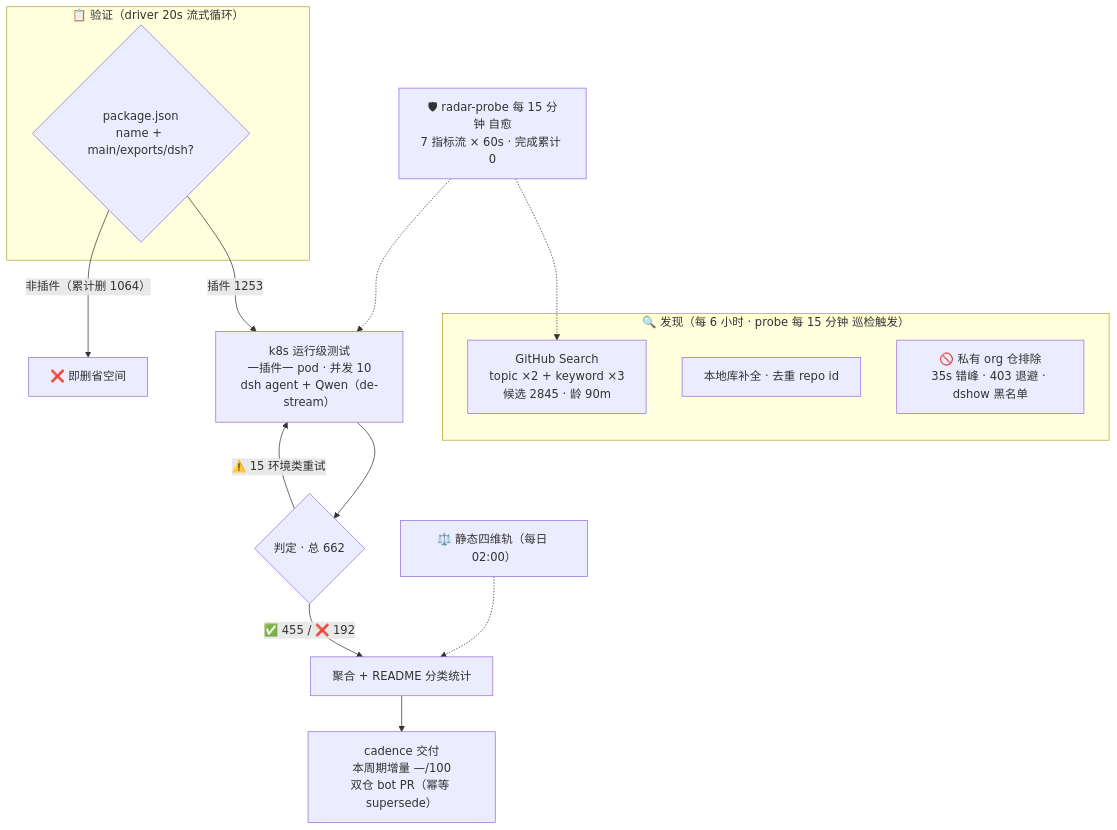
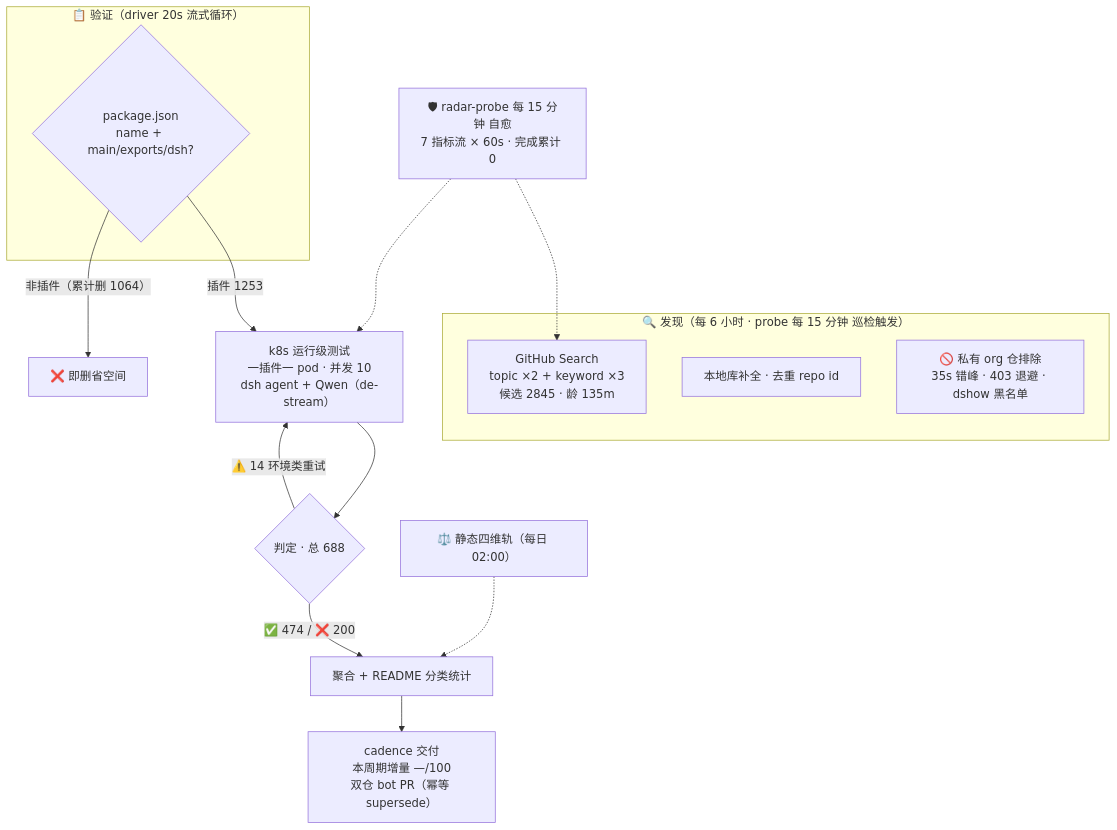
One commit to Zhidao-Lab-OSS/awesome-dsh-plugins changed the diagram in README.md. Above: the diagram before and after it, drawn with Mermaid. The commit also changed other lines of this file and 1 other file, not shown here.

````diff
--- a/README.md
+++ b/README.md
@@ -32,20 +32,20 @@
 ```mermaid
 flowchart TB
     subgraph Discovery["🔍 发现（每 6 小时 · probe 每 15 分钟 巡检触发）"]
-        A1["GitHub Search<br/>topic ×2 + keyword ×3<br/>候选 2845 · 龄 90m"]
+        A1["GitHub Search<br/>topic ×2 + keyword ×3<br/>候选 2845 · 龄 135m"]
         A2["本地库补全 · 去重 repo id"]
         A3["🚫 私有 org 仓排除<br/>35s 错峰 · 403 退避 · dshow 黑名单"]
     end
     subgraph Validation["📋 验证（driver 20s 流式循环）"]
         B1{"package.json<br/>name + main/exports/dsh?"}
     end
     B1 -->|"插件 1253"| C1["k8s 运行级测试<br/>一插件一 pod · 并发 10<br/>dsh agent + Qwen（de-stream）"]
     B1 -->|"非插件（累计删 1064）"| B3["❌ 即删省空间"]
-    C1 --> D1{"判定 · 总 662"}
-    D1 -->|"✅ 455 / ❌ 192"| E1["聚合 + README 分类统计"]
-    D1 -->|"⚠️ 15 环境类重试"| C1
+    C1 --> D1{"判定 · 总 688"}
+    D1 -->|"✅ 474 / ❌ 200"| E1["聚合 + README 分类统计"]
+    D1 -->|"⚠️ 14 环境类重试"| C1
     E1 --> E2["cadence 交付<br/>本周期增量 —/100<br/>双仓 bot PR（幂等 supersede）"]
     S["⚖️ 静态四维轨（每日 02:00）"] -.-> E1
     M["🛡 radar-probe 每 15 分钟 自愈<br/>7 指标流 × 60s · 完成累计 0"] -.-> A1
     M -.-> C1
 ```
````
